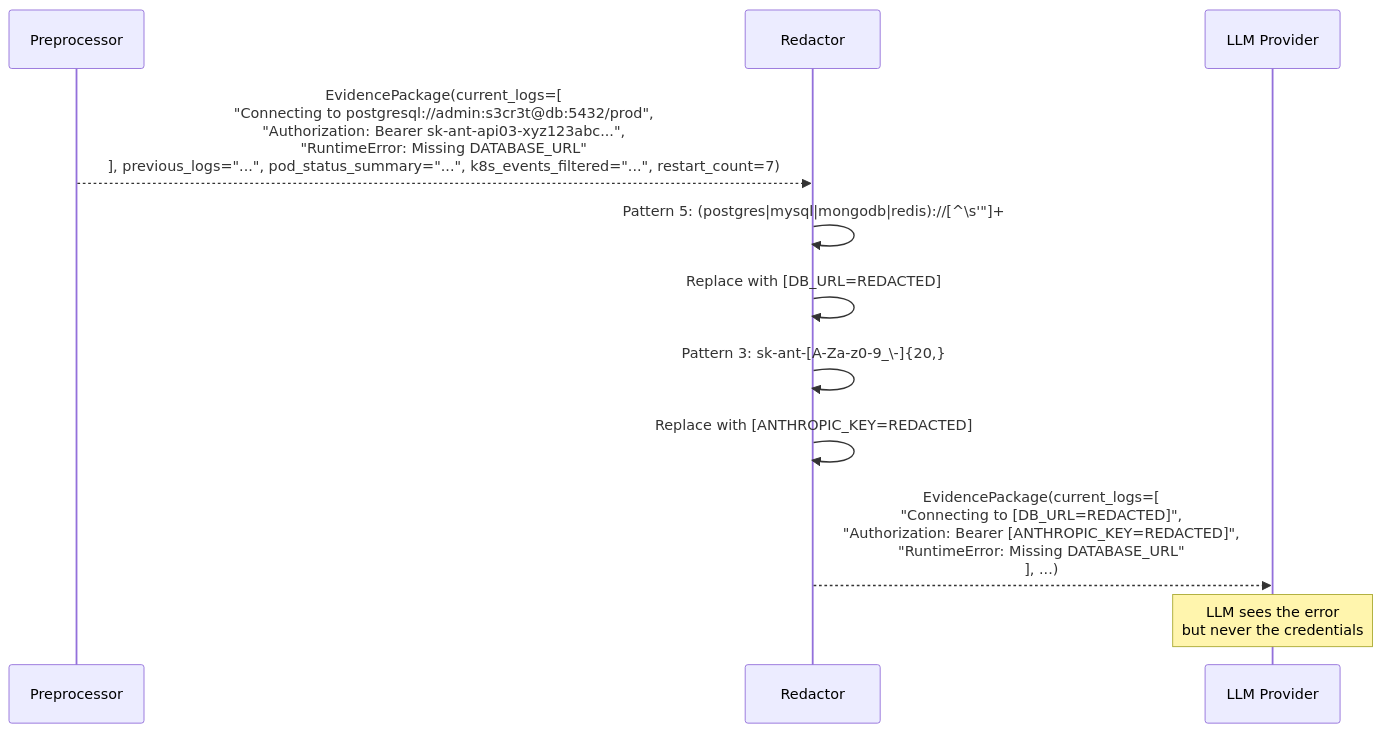
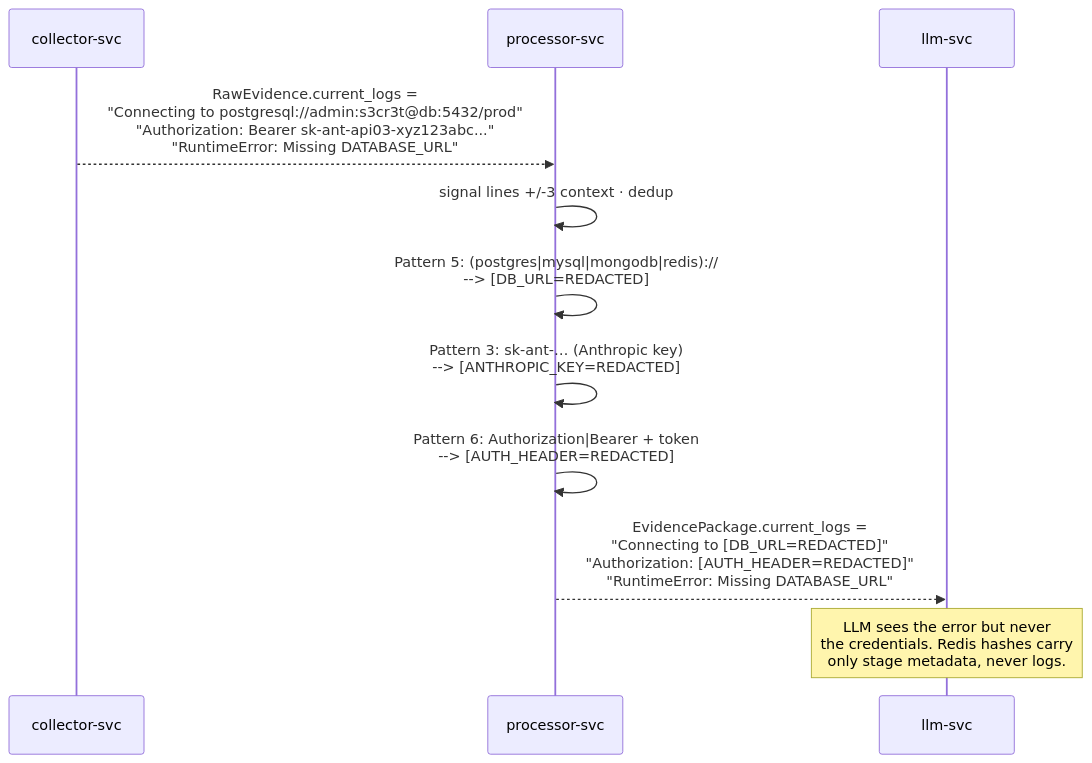
One commit to 1hirak/k8s-llm-incident-analyser-v2 changed diagram 14 of 18 in docs/Technical-Documentation.md. Above: the diagram before and after it, drawn with Mermaid. The commit also changed other lines of this file and 3 other files, not shown here.

````diff
--- a/docs/Technical-Documentation.md
+++ b/docs/Technical-Documentation.md
@@ -1710,14 +1799,17 @@
 ```mermaid
 sequenceDiagram
-    participant Pre as Preprocessor
-    participant Red as Redactor
-    participant LLM as LLM Provider
+    participant COLL as collector-svc
+    participant PROC as processor-svc
+    participant LLM as llm-svc
 
-    Pre-->>Red: EvidencePackage(current_logs=[<br/>"Connecting to postgresql://admin:s3cr3t@db:5432/prod",<br/>"Authorization: Bearer sk-ant-api03-xyz123abc...",<br/>"RuntimeError: Missing DATABASE_URL"<br/>], previous_logs="...", pod_status_summary="...", k8s_events_filtered="...", restart_count=7)
-    Red->>Red: Pattern 5: (postgres|mysql|mongodb|redis)://[^\s'"]+
-    Red->>Red: Replace with [DB_URL=REDACTED]
-    Red->>Red: Pattern 3: sk-ant-[A-Za-z0-9_\-]{20,}
-    Red->>Red: Replace with [ANTHROPIC_KEY=REDACTED]
-    Red-->>LLM: EvidencePackage(current_logs=[<br/>"Connecting to [DB_URL=REDACTED]",<br/>"Authorization: Bearer [ANTHROPIC_KEY=REDACTED]",<br/>"RuntimeError: Missing DATABASE_URL"<br/>], ...)
-    Note over LLM: LLM sees the error<br/>but never the credentials
+    COLL-->>PROC: RawEvidence.current_logs =<br>"Connecting to postgresql://admin:s3cr3t@db:5432/prod"<br>"Authorization: Bearer sk-ant-api03-xyz123abc..."<br>"RuntimeError: Missing DATABASE_URL"
+
+    PROC->>PROC: signal lines +/-3 context · dedup
+    PROC->>PROC: Pattern 5: (postgres|mysql|mongodb|redis)://<br>--> [DB_URL=REDACTED]
+    PROC->>PROC: Pattern 3: sk-ant-… (Anthropic key)<br>--> [ANTHROPIC_KEY=REDACTED]
+    PROC->>PROC: Pattern 6: Authorization|Bearer + token<br>--> [AUTH_HEADER=REDACTED]
+
+    PROC-->>LLM: EvidencePackage.current_logs =<br>"Connecting to [DB_URL=REDACTED]"<br>"Authorization: [AUTH_HEADER=REDACTED]"<br>"RuntimeError: Missing DATABASE_URL"
+
+    Note over LLM: LLM sees the error but never<br>the credentials. Redis hashes carry<br>only stage metadata, never logs.
 ```
````
